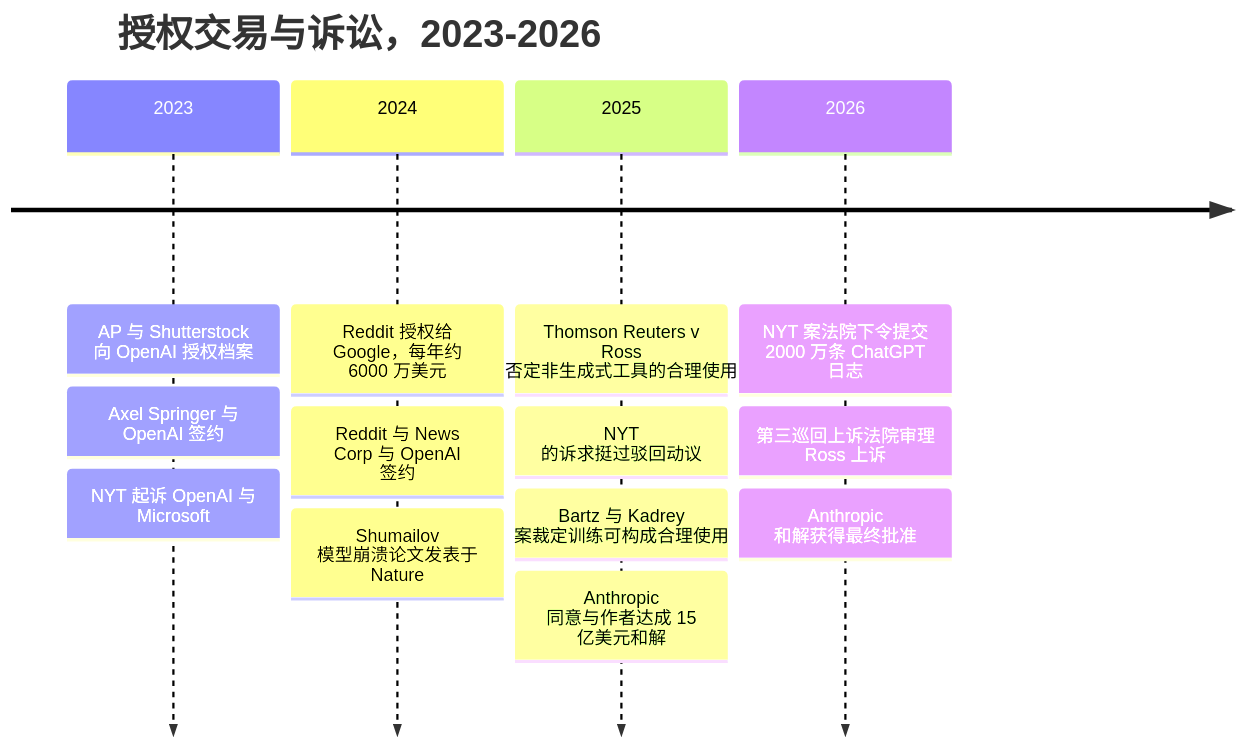
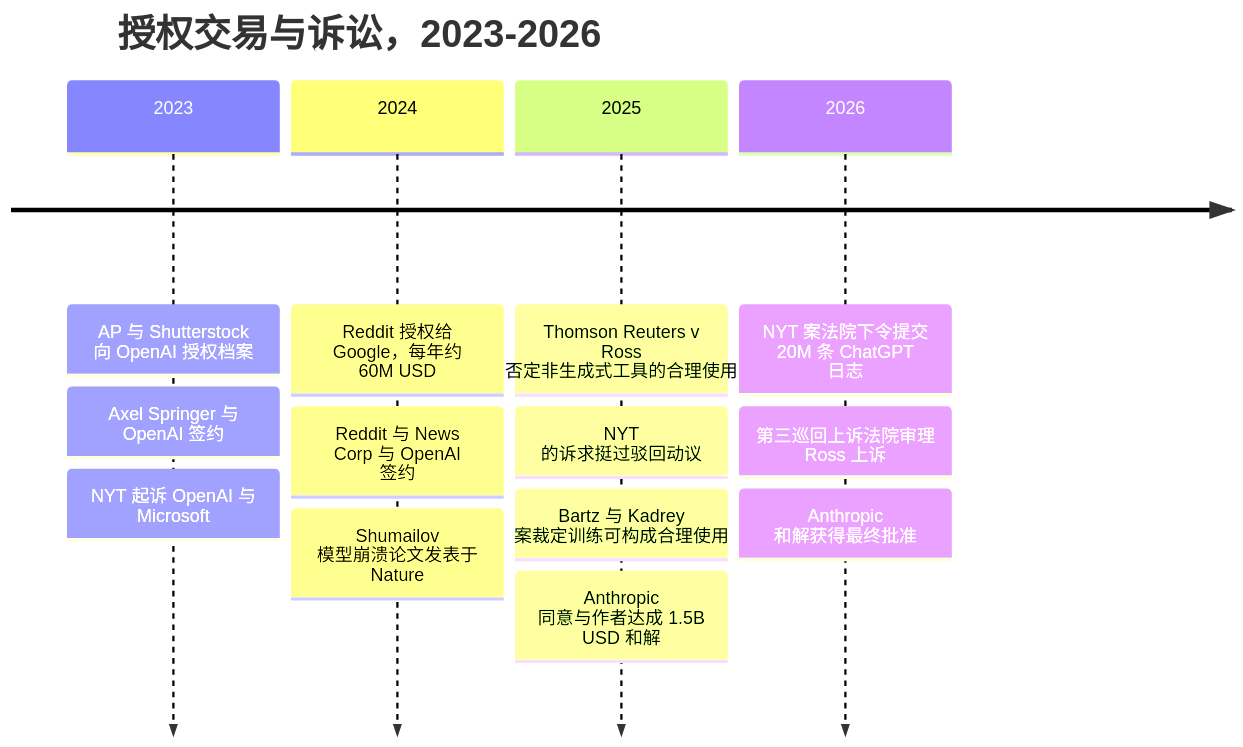
The second of 3 diagrams in Chinese translation/docs/03-ai-data-stack/ch20-training-data-supply-chain.md (FrankHuang94/data_tech_db_claude), drawn with Mermaid before and after one commit. The commit also changed other lines of this file and 7 other files, not shown here.

````diff
--- a/Chinese translation/docs/03-ai-data-stack/ch20-training-data-supply-chain.md
+++ b/Chinese translation/docs/03-ai-data-stack/ch20-training-data-supply-chain.md
@@ -99,17 +99,17 @@
 ```mermaid
 timeline
     title 授权交易与诉讼，2023-2026
     2023 : AP 与 Shutterstock 向 OpenAI 授权档案
          : Axel Springer 与 OpenAI 签约
          : NYT 起诉 OpenAI 与 Microsoft
-    2024 : Reddit 授权给 Google，每年约 6000 万美元
+    2024 : Reddit 授权给 Google，每年约 60M USD
          : Reddit 与 News Corp 与 OpenAI 签约
          : Shumailov 模型崩溃论文发表于 Nature
     2025 : Thomson Reuters v Ross 否定非生成式工具的合理使用
          : NYT 的诉求挺过驳回动议
          : Bartz 与 Kadrey 案裁定训练可构成合理使用
-         : Anthropic 同意与作者达成 15 亿美元和解
-    2026 : NYT 案法院下令提交 2000 万条 ChatGPT 日志
+         : Anthropic 同意与作者达成 1.5B USD 和解
+    2026 : NYT 案法院下令提交 20M 条 ChatGPT 日志
          : 第三巡回上诉法院审理 Ross 上诉
          : Anthropic 和解获得最终批准
 ```
````
